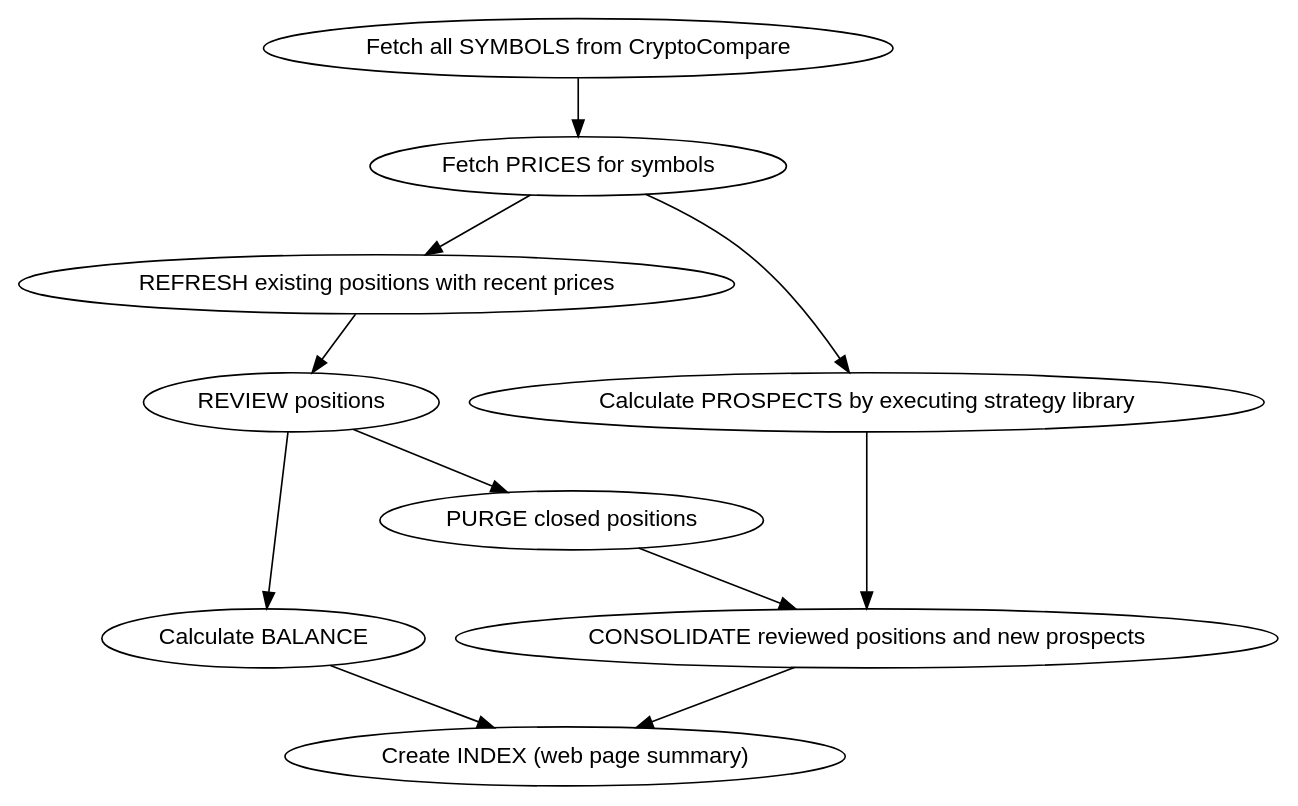
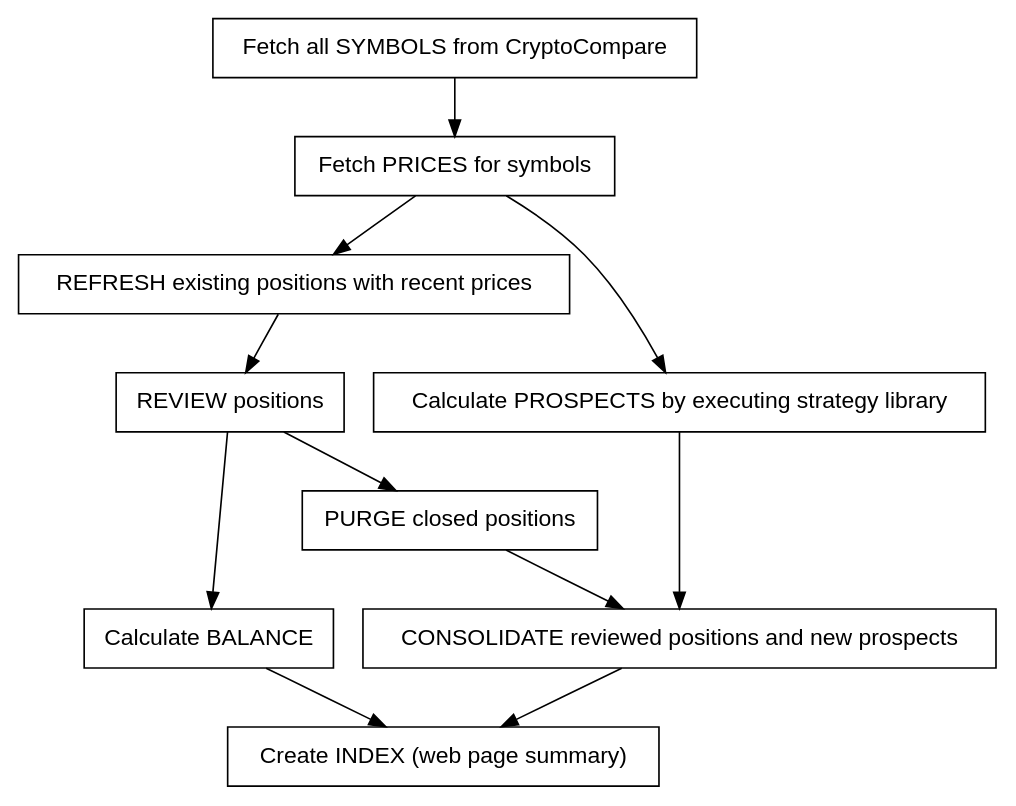
The diagram in doc/handt.dot (deanturpin/handt), drawn with Graphviz before and after one commit. The commit also changed 1 other file, not shown here.

Commit message:
Use boxes in flow diagram

```diff
--- a/doc/handt.dot
+++ b/doc/handt.dot
@@ -1,31 +1,31 @@
 digraph {
 
-  node [fontname=Helvetica]
+  node [fontname=Helvetica shape=box]
 
   review [label="REVIEW positions"]
   purge [label="PURGE closed positions"]
   consolidate [label="CONSOLIDATE reviewed positions and new prospects"]
   balance [label="Calculate BALANCE"]
   index [label="Create INDEX (web page summary)"]
   refresh [label= "REFRESH existing positions with recent prices"]
 
   "Fetch all SYMBOLS from CryptoCompare"
     -> "Fetch PRICES for symbols"
     -> refresh
     -> review
 
   "Fetch PRICES for symbols"
     -> "Calculate PROSPECTS by executing strategy library"
     -> consolidate
 
   // Consolidate takes review and new
   review
     -> purge
     -> consolidate
     -> index
 
   // Balance calculation
   review
     -> balance
     -> index
 }
```
